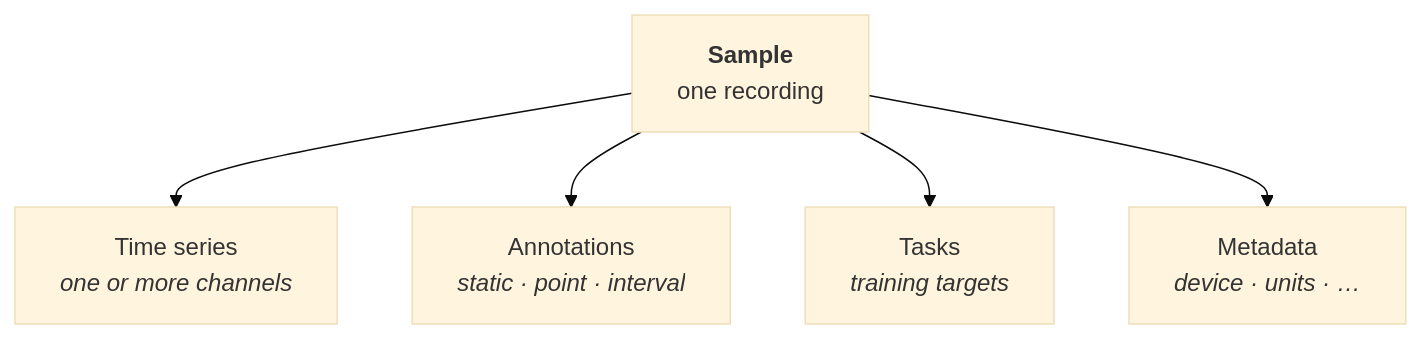
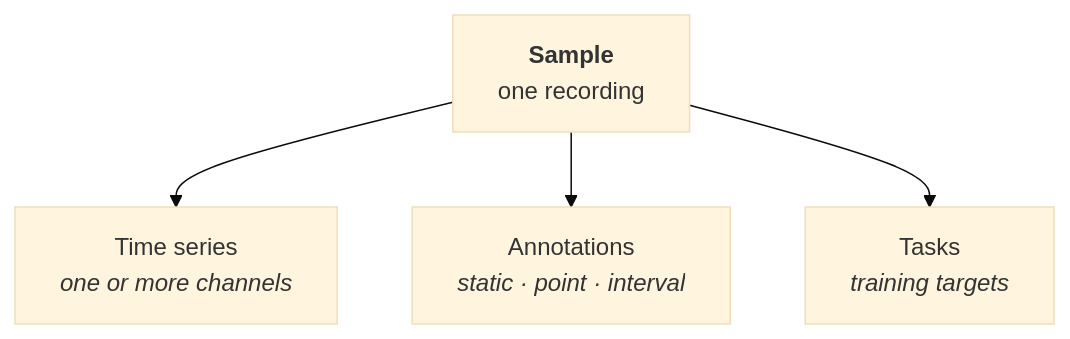
One commit to OpenTSLM/TimeNet changed the diagram in docs/data-model/samples.md. Above: the diagram before and after it, drawn with Mermaid (base theme). The commit also changed other lines of this file and 5 other files, not shown here.

Commit message:
chore(docs): remove the sample metadata slot (#202)

````diff
--- a/docs/data-model/samples.md
+++ b/docs/data-model/samples.md
@@ -14,15 +14,13 @@
 ```mermaid
 flowchart TB
     Sample["<b>Sample</b><br/>one recording"]
     TS["Time series<br/><i>one or more channels</i>"]
     AN["Annotations<br/><i>static · point · interval</i>"]
     TK["Tasks<br/><i>training targets</i>"]
-    MD["Metadata<br/><i>device · units · …</i>"]
     Sample --> TS
     Sample --> AN
     Sample --> TK
-    Sample --> MD
     click TS "time-series.html" _self
     click AN "annotations.html" _self
     click TK "tasks.html" _self
 ```
````
